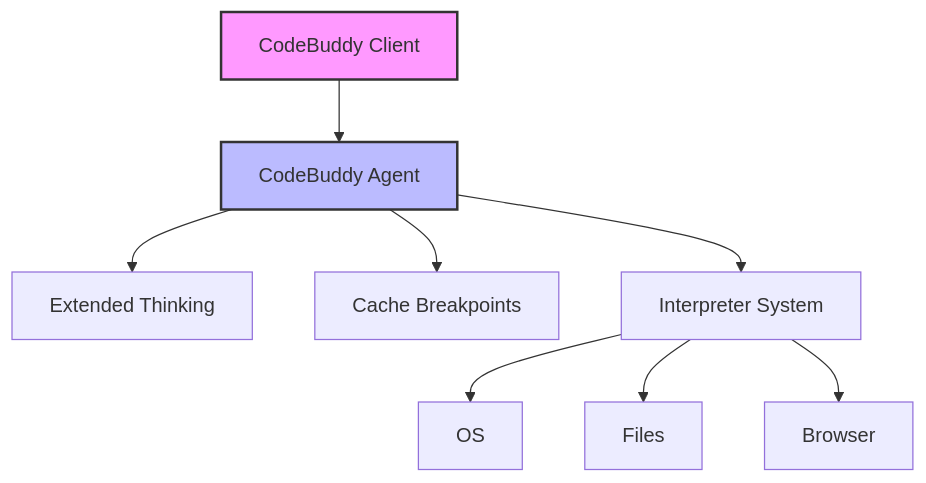
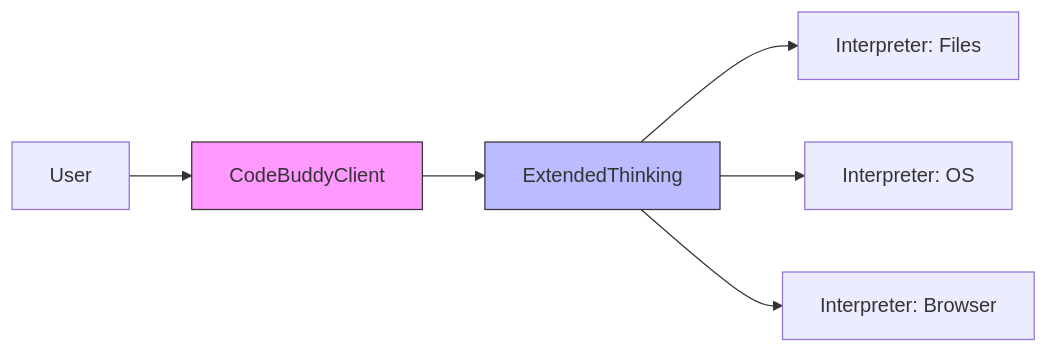
One commit to Zeeeepa/code-buddy changed the diagram in .codebuddy/docs/3g-interpreter-core-agent-system.md. Above: the diagram before and after it, drawn with Mermaid. The commit also changed other lines of this file and 29 other files, not shown here.

````diff
--- a/.codebuddy/docs/3g-interpreter-core-agent-system.md
+++ b/.codebuddy/docs/3g-interpreter-core-agent-system.md
@@ -5,12 +9,11 @@
 ```mermaid
-graph TD
-    A[CodeBuddy Client] --> B[CodeBuddy Agent]
-    B --> C[Extended Thinking]
-    B --> D[Cache Breakpoints]
-    B --> E[Interpreter System]
-    E --> F[OS]
-    E --> G[Files]
-    E --> H[Browser]
-    style A fill:#f9f,stroke:#333,stroke-width:2px
-    style B fill:#bbf,stroke:#333,stroke-width:2px
+graph LR
+    User --> Client[CodeBuddyClient]
+    Client --> Thinking[ExtendedThinking]
+    Thinking --> Files[Interpreter: Files]
+    Thinking --> OS[Interpreter: OS]
+    Thinking --> Browser[Interpreter: Browser]
+    
+    style Client fill:#f9f,stroke:#333
+    style Thinking fill:#bbf,stroke:#333
 ```
````
